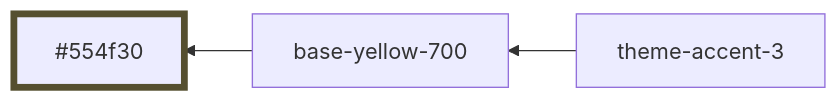
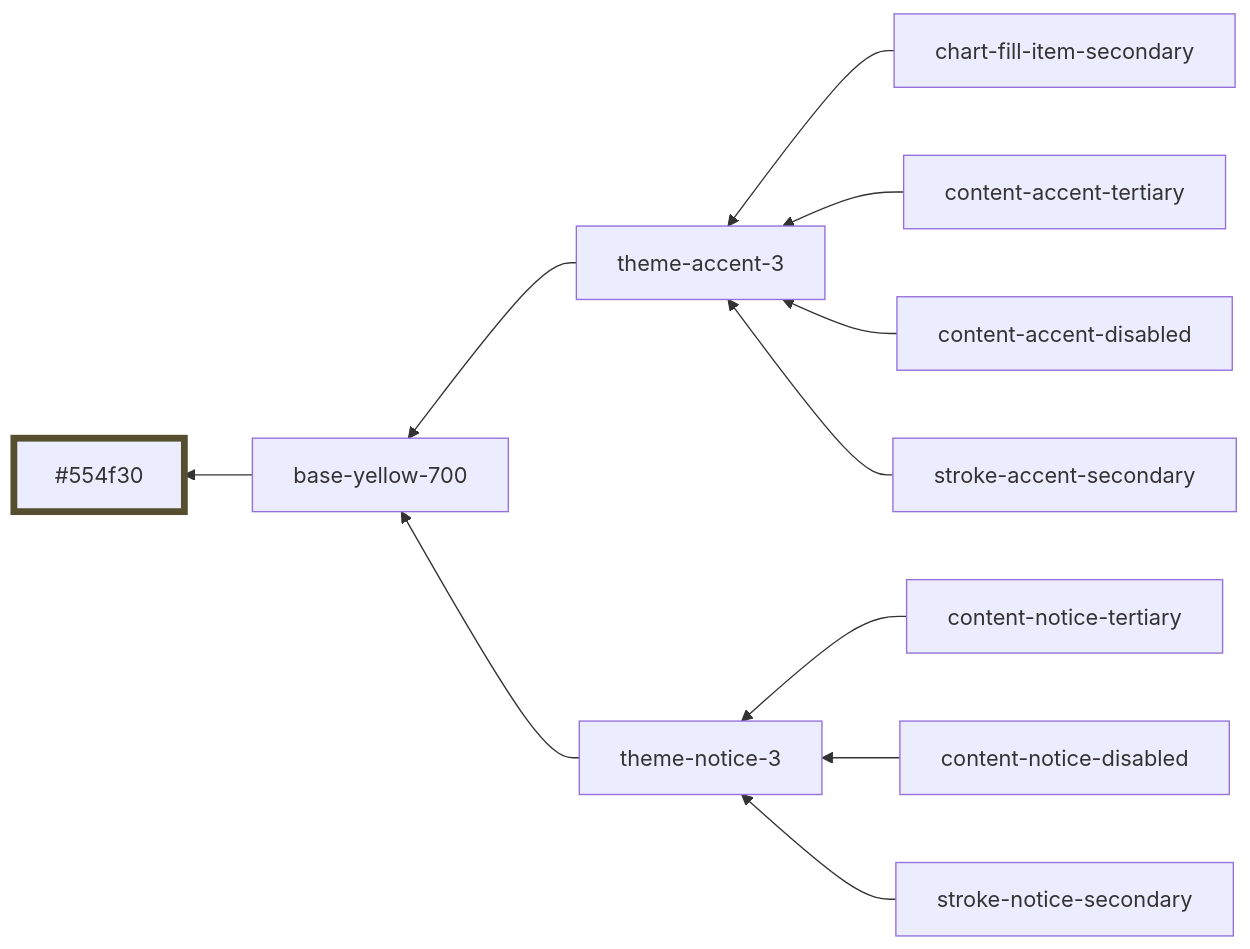
The eighth of 29 diagrams in libs/ui/styles/themes/operator-mode.md (oxidecomputer/console), drawn with Mermaid before and after one commit. The commit also changed other lines of this file and 4 other files, not shown here.

````diff
--- a/libs/ui/styles/themes/operator-mode.md
+++ b/libs/ui/styles/themes/operator-mode.md
@@ -73,7 +99,15 @@
 ```mermaid
 graph RL
   base-yellow-700 --> #554f30:::base-yellow-700
   theme-accent-3 --> base-yellow-700
+  theme-notice-3 --> base-yellow-700
+  chart-fill-item-secondary --> theme-accent-3
+  content-accent-tertiary --> theme-accent-3
+  content-accent-disabled --> theme-accent-3
+  content-notice-tertiary --> theme-notice-3
+  content-notice-disabled --> theme-notice-3
+  stroke-accent-secondary --> theme-accent-3
+  stroke-notice-secondary --> theme-notice-3
 
   classDef base-yellow-700 stroke-width:5,stroke:#554f30
 ```
````
